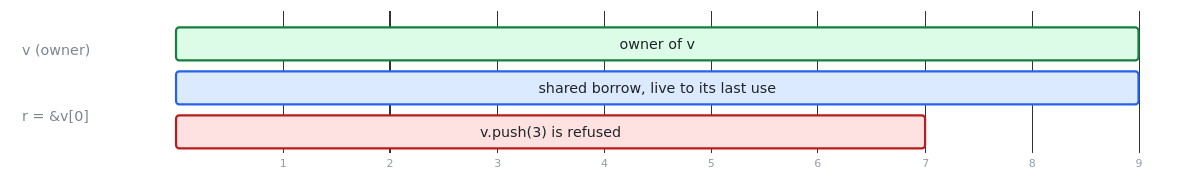
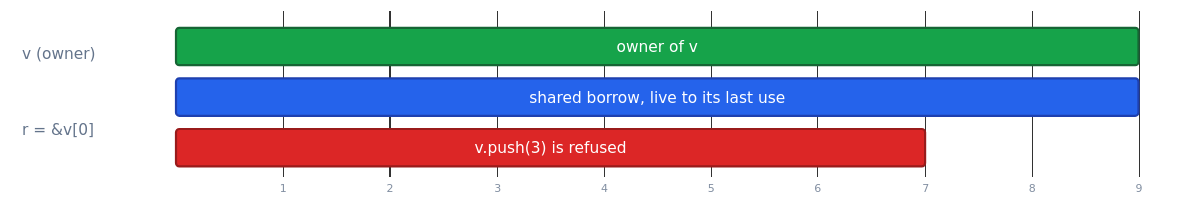
The third of 5 diagrams in docs/working/mermaid-trial.md (ali-mosavian/llrm), drawn with Mermaid before and after one commit. The commit also changed other lines of this file, not shown here.

Commit message:
docs: the mermaid trial in a bold style: solid fills, numbered stages, tinted groups

````diff
--- a/docs/working/mermaid-trial.md
+++ b/docs/working/mermaid-trial.md
@@ -82,12 +82,12 @@
 ```mermaid
-%%{init: {'theme':'base','themeVariables':{'fontFamily':'Segoe UI, Helvetica Neue, Arial, DejaVu Sans, sans-serif','fontSize':'14px','textColor':'#7d8590','titleColor':'#7d8590','gridColor':'#8b98a8','sectionBkgColor':'transparent','sectionBkgColor2':'transparent','altSectionBkgColor':'transparent','taskTextColor':'#1f2328','taskTextOutsideColor':'#7d8590','taskTextDarkColor':'#1f2328','doneTaskBkgColor':'#dcfce7','doneTaskBorderColor':'#15803d','activeTaskBkgColor':'#dbeafe','activeTaskBorderColor':'#2563eb','critBkgColor':'#fee2e2','critBorderColor':'#b91c1c','todayLineColor':'transparent'},'gantt':{'barHeight':30,'barGap':10,'topPadding':44,'leftPadding':150,'fontSize':13,'sectionFontSize':13,'numberSectionStyles':2}}}%%
+%%{init: {'theme':'base','themeVariables':{'fontFamily':'Segoe UI, Helvetica Neue, Arial, DejaVu Sans, sans-serif','fontSize':'15px','textColor':'#64748b','titleColor':'#64748b','gridColor':'#94a3b8','sectionBkgColor':'transparent','sectionBkgColor2':'transparent','altSectionBkgColor':'transparent','taskTextColor':'#ffffff','taskTextOutsideColor':'#64748b','taskTextLightColor':'#ffffff','taskTextDarkColor':'#ffffff','doneTaskBkgColor':'#16a34a','doneTaskBorderColor':'#166534','activeTaskBkgColor':'#2563eb','activeTaskBorderColor':'#1e40af','critBkgColor':'#dc2626','critBorderColor':'#991b1b','todayLineColor':'transparent'},'gantt':{'barHeight':34,'barGap':12,'topPadding':48,'leftPadding':150,'fontSize':14,'sectionFontSize':14,'numberSectionStyles':2}}}%%
 gantt
   dateFormat X
   axisFormat %s
   tickInterval 1
   section v (owner)
   owner of v                        :done, v, 1, 9
   section r = &v[0]
   shared borrow, live to its last use :active, r, 3, 9
   v.push(3) is refused              :crit, c, 6, 7
 ```
````
